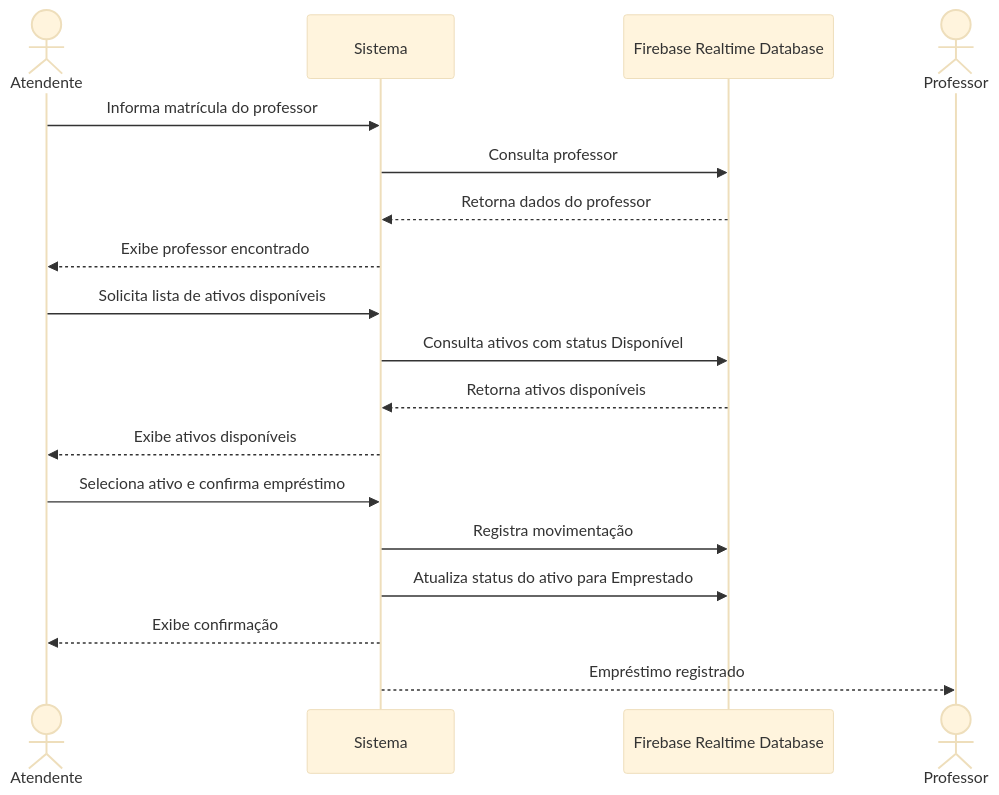
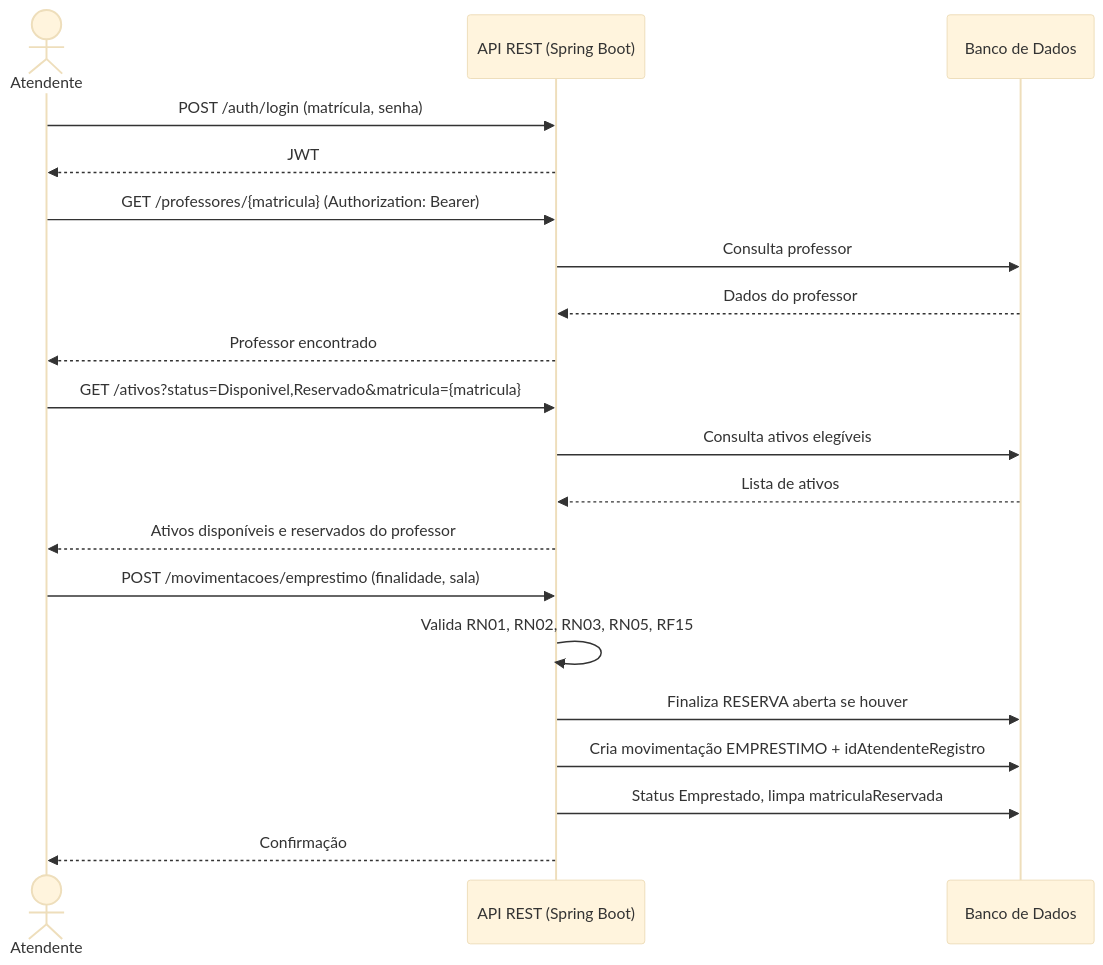
Before and after one commit to oliveiraleonardo918-ui/TesteEmProducao26.1: the third of 6 diagrams in README.md, drawn with Mermaid (base theme). The commit also changed other lines of this file, not shown here.

````diff
--- a/README.md
+++ b/README.md
@@ -549,23 +751,26 @@
 ```mermaid
 sequenceDiagram
     actor Atendente
-    participant Sistema
-    participant Banco as Firebase Realtime Database
-    actor Professor
+    participant API as API REST (Spring Boot)
+    participant DB as Banco de Dados
 
-    Atendente->>Sistema: Informa matrícula do professor
-    Sistema->>Banco: Consulta professor
-    Banco-->>Sistema: Retorna dados do professor
-    Sistema-->>Atendente: Exibe professor encontrado
+    Atendente->>API: POST /auth/login (matrícula, senha)
+    API-->>Atendente: JWT
 
-    Atendente->>Sistema: Solicita lista de ativos disponíveis
-    Sistema->>Banco: Consulta ativos com status Disponível
-    Banco-->>Sistema: Retorna ativos disponíveis
-    Sistema-->>Atendente: Exibe ativos disponíveis
+    Atendente->>API: GET /professores/{matricula} (Authorization: Bearer)
+    API->>DB: Consulta professor
+    DB-->>API: Dados do professor
+    API-->>Atendente: Professor encontrado
 
-    Atendente->>Sistema: Seleciona ativo e confirma empréstimo
-    Sistema->>Banco: Registra movimentação
-    Sistema->>Banco: Atualiza status do ativo para Emprestado
-    Sistema-->>Atendente: Exibe confirmação
-    Sistema-->>Professor: Empréstimo registrado
+    Atendente->>API: GET /ativos?status=Disponivel,Reservado&matricula={matricula}
+    API->>DB: Consulta ativos elegíveis
+    DB-->>API: Lista de ativos
+    API-->>Atendente: Ativos disponíveis e reservados do professor
+
+    Atendente->>API: POST /movimentacoes/emprestimo (finalidade, sala)
+    API->>API: Valida RN01, RN02, RN03, RN05, RF15
+    API->>DB: Finaliza RESERVA aberta se houver
+    API->>DB: Cria movimentação EMPRESTIMO + idAtendenteRegistro
+    API->>DB: Status Emprestado, limpa matriculaReservada
+    API-->>Atendente: Confirmação
 ```
````
